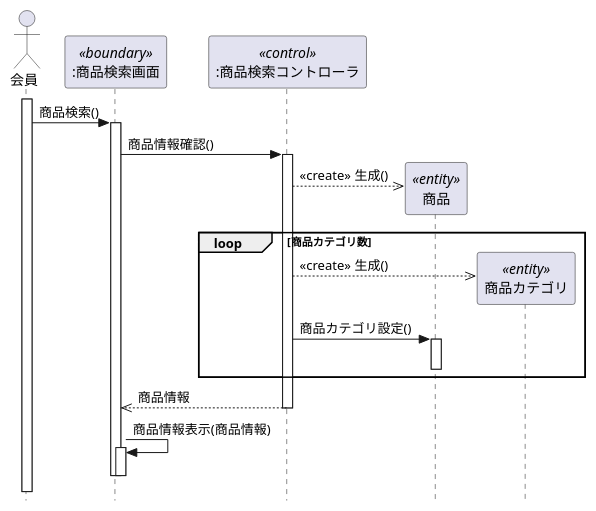
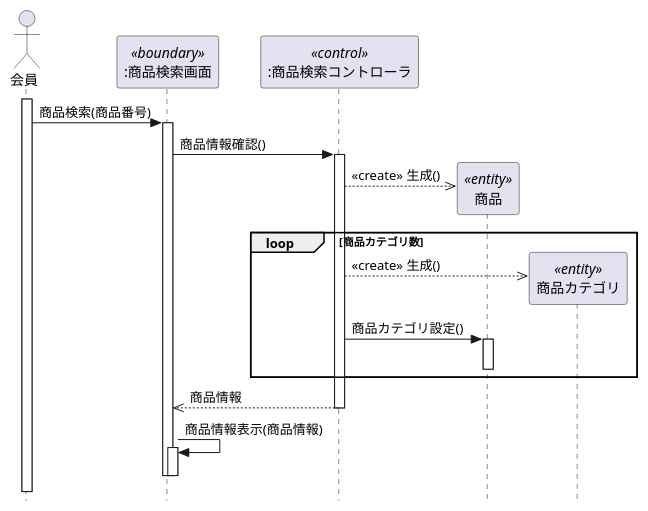
One commit to YumaSatou/uml-introduction changed the diagram in 演習4-5_SD_商品情報検索.pu. Above: the diagram before and after it, drawn with PlantUML.

Commit message:
演習4-5

```diff
--- a/演習4-5_SD_商品情報検索.pu
+++ b/演習4-5_SD_商品情報検索.pu
@@ -1,34 +1,34 @@
 @startuml 商品情報検索
 hide footbox
 skinparam style strictuml
 Actor 会員 as member 
 participant ":商品検索画面" as search <<boundary>>
 participant ":商品検索コントローラ" as control <<control>>
 participant "商品" as goods <<entity>>
 participant "商品カテゴリ" as category <<entity>>
 
 activate member
-member -> search : 商品検索()
+member -> search : 商品検索(商品番号)
 
 activate search
 search -> control : 商品情報確認()
 activate control
 create goods
 control -->> goods : <<create>> 生成()
 
 loop 商品カテゴリ数
 create category
 control -->> category : <<create>> 生成()
 control -> goods : 商品カテゴリ設定()
 activate goods
 deactivate goods
 end loop
 
 control -->> search : 商品情報
 deactivate control 
 search -> search : 商品情報表示(商品情報)
 activate search
 deactivate search
 deactivate search
 
 @enduml
```
